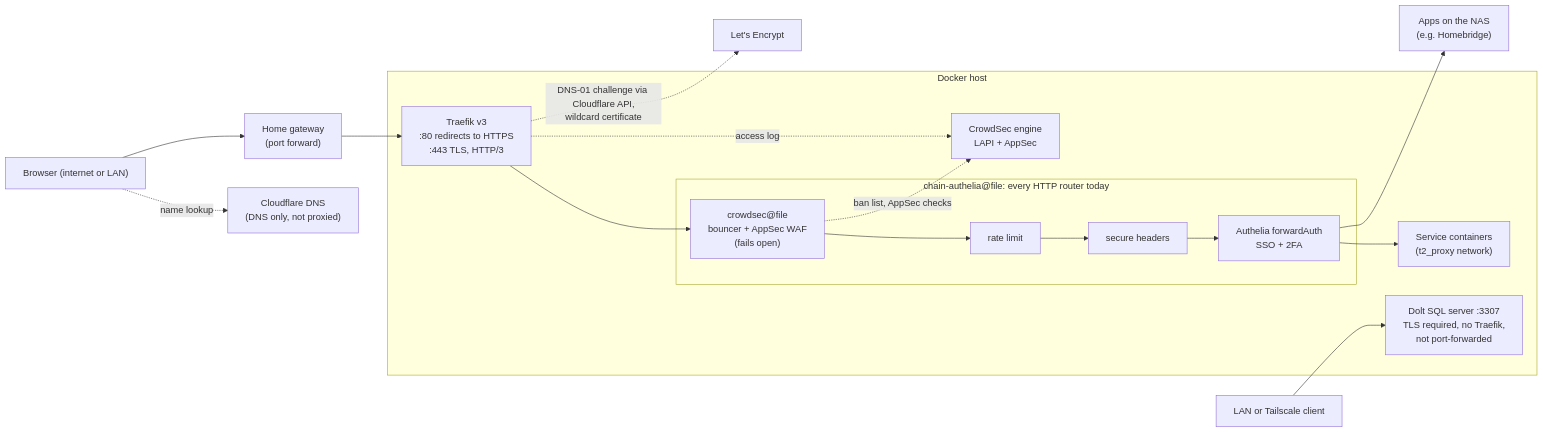
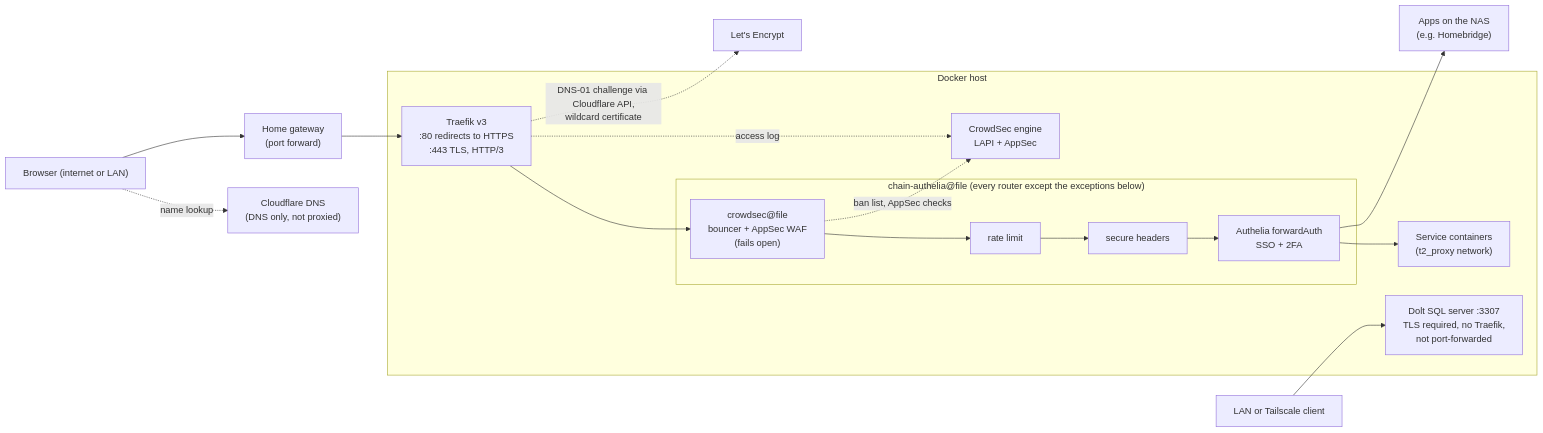
Before and after one commit to neybar/docker-services: the first of 3 diagrams in README.md, drawn with Mermaid. The commit also changed other lines of this file, not shown here.

````diff
--- a/README.md
+++ b/README.md
@@ -16,32 +17,32 @@
 ```mermaid
 flowchart LR
     client["Browser (internet or LAN)"]
     dns["Cloudflare DNS<br/>(DNS only, not proxied)"]
     gw["Home gateway<br/>(port forward)"]
     tsc["LAN or Tailscale client"]
 
     subgraph host["Docker host"]
         traefik["Traefik v3<br/>:80 redirects to HTTPS<br/>:443 TLS, HTTP/3"]
-        subgraph chain["chain-authelia@file: every HTTP router today"]
+        subgraph chain["chain-authelia@file (every router except the exceptions below)"]
             cs["crowdsec@file<br/>bouncer + AppSec WAF<br/>(fails open)"]
             rl["rate limit"]
             sh["secure headers"]
             auth["Authelia forwardAuth<br/>SSO + 2FA"]
         end
         svc["Service containers<br/>(t2_proxy network)"]
         engine["CrowdSec engine<br/>LAPI + AppSec"]
         dolt["Dolt SQL server :3307<br/>TLS required, no Traefik,<br/>not port-forwarded"]
     end
 
     nasapps["Apps on the NAS<br/>(e.g. Homebridge)"]
     le["Let's Encrypt"]
 
     client -. "name lookup" .-> dns
     client --> gw --> traefik --> cs --> rl --> sh --> auth
     auth --> svc
     auth --> nasapps
     cs -. "ban list, AppSec checks" .-> engine
     traefik -. "access log" .-> engine
     traefik -. "DNS-01 challenge via Cloudflare API,<br/>wildcard certificate" .-> le
     tsc --> dolt
 ```
````
